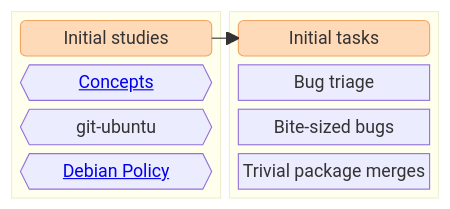
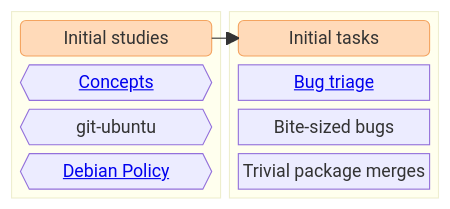
One commit to vhaudiquet/ubuntu-project-docs changed the second of 5 diagrams in docs/who-makes-ubuntu/joining/path-to-upload-rights.md. Above: the diagram before and after it, drawn with Mermaid. The commit also changed other lines of this file, not shown here.

Commit message:
add overview diagram and surrounding text

````diff
--- a/docs/who-makes-ubuntu/joining/path-to-upload-rights.md
+++ b/docs/who-makes-ubuntu/joining/path-to-upload-rights.md
@@ -24,24 +136,24 @@
-```{mermaid}
+:::{mermaid}
 block-beta
 columns 2
-    block
-        InitialStudies("Initial studies")
-        columns 1
-        Concepts{{"<a href=https://github.com/canonical/ubuntu-maintainers-handbook>Concepts</a>"}}
-        GitUbuntu{{"git-ubuntu"}}
-        DebianPolicy{{"<a href=https://www.debian.org/doc/debian-policy/>Debian Policy</a>"}}
-    end
+  block
+    InitialStudies("Initial studies")
+    columns 1
+    Concepts{{"<a href=https://github.com/canonical/ubuntu-maintainers-handbook>Concepts</a>"}}
+    GitUbuntu{{"git-ubuntu"}}
+    DebianPolicy{{"<a href=https://www.debian.org/doc/debian-policy/>Debian Policy</a>"}}
+  end
 
-    block
-        InitialTasks("Initial tasks")
-        columns 1
-        BugTriage["Bug triage"]
-        BiteSizedBugs["Bite-sized bugs"]
-        TrivialPackgeMerges["Trivial package merges"]
-    end
+  block
+    InitialTasks("Initial tasks")
+    columns 1
+    BugTriage["<a href='https://canonical-ubuntu-project.readthedocs-hosted.com/contributors/bug-triage/'>Bug triage</a>"]
+    BiteSizedBugs["Bite-sized bugs"]
+    TrivialPackgeMerges["Trivial package merges"]
+  end
 
-    InitialStudies --> InitialTasks
+  InitialStudies --> InitialTasks
 
-    style InitialStudies fill: #FFDAB9, stroke:#F4A460
-    style InitialTasks fill:#FFDAB9, stroke:#F4A460
-```
+  style InitialStudies fill: #FFDAB9, stroke:#F4A460
+  style InitialTasks fill:#FFDAB9, stroke:#F4A460
+:::
````
